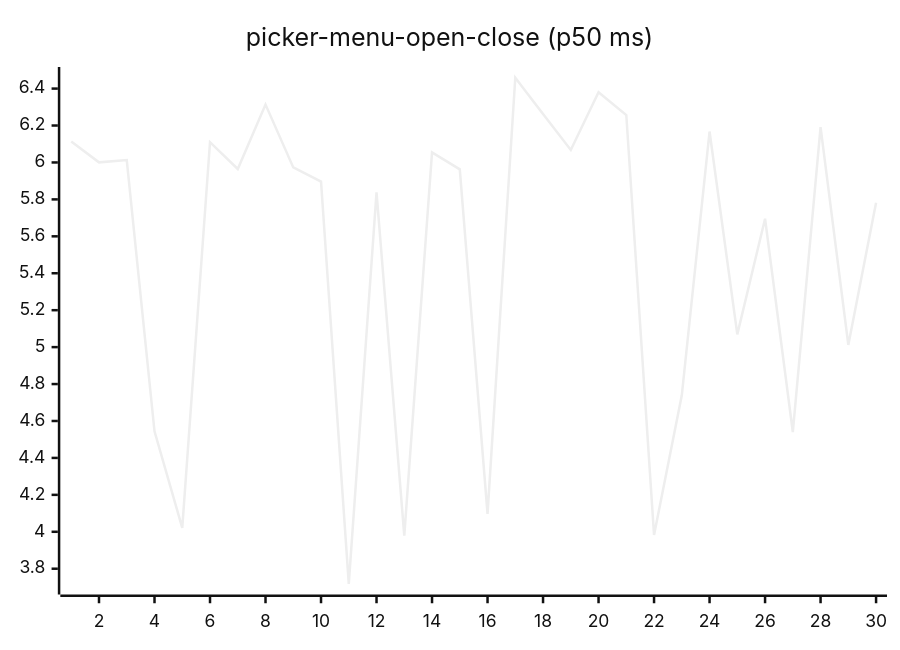
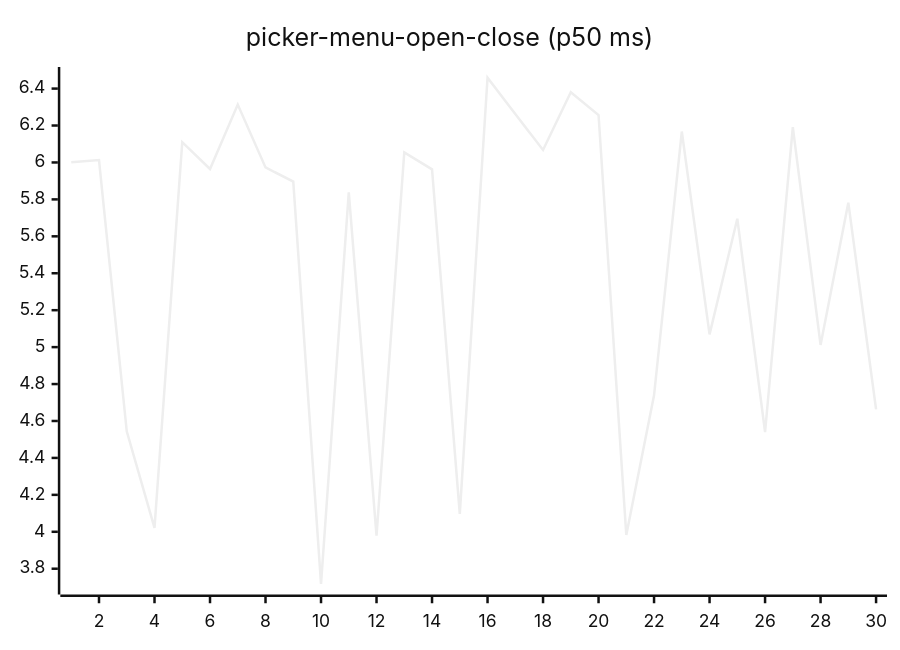
Before and after one commit to josha/Facet: diagram 16 of 27 in README.md, drawn with Mermaid (neutral theme). The commit also changed other lines of this file and 2 other files, not shown here.

````diff
--- a/README.md
+++ b/README.md
@@ -168,6 +168,6 @@
 ```mermaid
 xychart-beta
     title "picker-menu-open-close (p50 ms)"
     x-axis 1 --> 30
-    line [6.1133, 6.0006, 6.0128, 4.5439, 4.0216, 6.1100, 5.9646, 6.3137, 5.9733, 5.8960, 3.7179, 5.8378, 3.9788, 6.0543, 5.9629, 4.0972, 6.4594, 6.2618, 6.0678, 6.3801, 6.2569, 3.9826, 4.7388, 6.1676, 5.0690, 5.6954, 4.5402, 6.1912, 5.0120, 5.7822]
+    line [6.0006, 6.0128, 4.5439, 4.0216, 6.1100, 5.9646, 6.3137, 5.9733, 5.8960, 3.7179, 5.8378, 3.9788, 6.0543, 5.9629, 4.0972, 6.4594, 6.2618, 6.0678, 6.3801, 6.2569, 3.9826, 4.7388, 6.1676, 5.0690, 5.6954, 4.5402, 6.1912, 5.0120, 5.7822, 4.6627]
 ```
````
